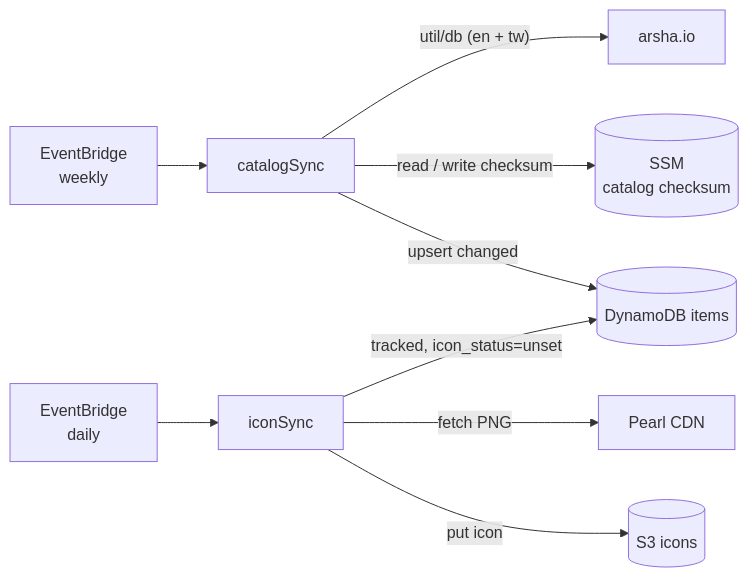
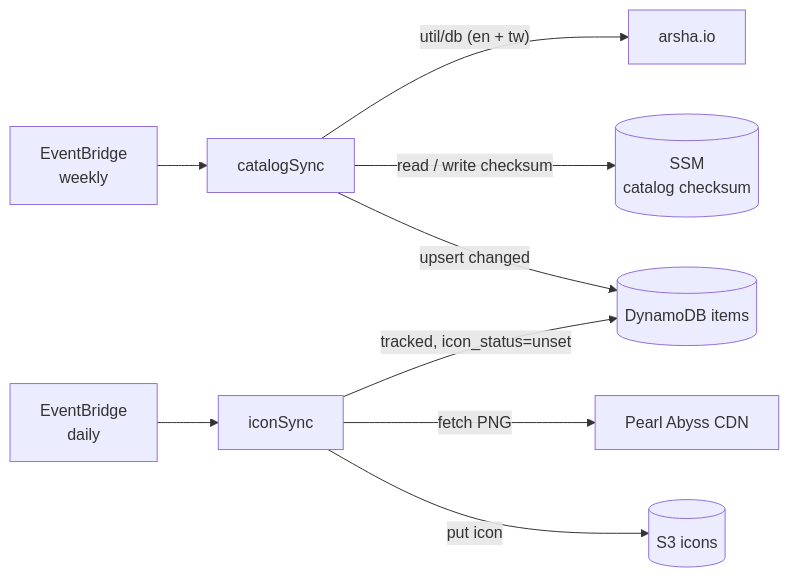
The third of 4 diagrams in docs/architecture.md (RyanYCT/bdo-market-insights), drawn with Mermaid before and after one commit.

Commit message:
docs(architecture): rename Pearl CDN to Pearl Abyss CDN in catalog subsystem diagram

````diff
--- a/docs/architecture.md
+++ b/docs/architecture.md
@@ -102,13 +102,13 @@
 ```mermaid
 flowchart LR
     ebw["EventBridge<br/>weekly"] --> catalogsync["catalogSync"]
     ebd["EventBridge<br/>daily"] --> iconsync["iconSync"]
 
     catalogsync -->|"util/db (en + tw)"| arsha["arsha.io"]
     catalogsync -->|"read / write checksum"| ssm[("SSM<br/>catalog checksum")]
     catalogsync -->|"upsert changed"| ddb[("DynamoDB items")]
 
     iconsync -->|"tracked, icon_status=unset"| ddb
-    iconsync -->|"fetch PNG"| pearl["Pearl CDN"]
+    iconsync -->|"fetch PNG"| pearl["Pearl Abyss CDN"]
     iconsync -->|"put icon"| s3[("S3 icons")]
 ```
````
